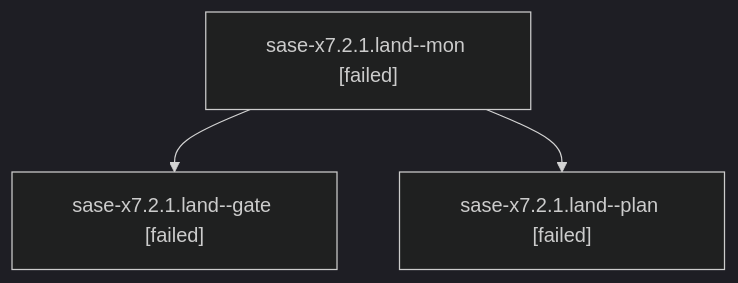
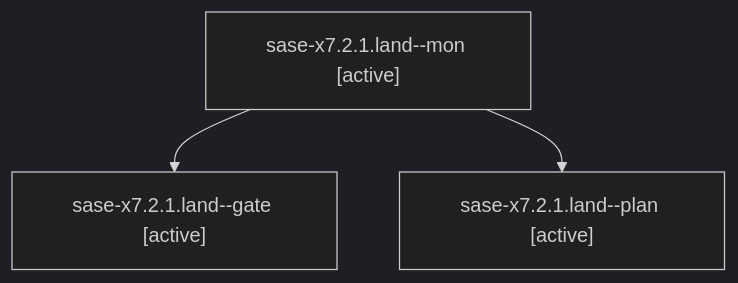
One commit to sase-org/sase--agents changed the diagram in families/bbugyi200.athena.sase-x7.2.1.land.md. Above: the diagram before and after it, drawn with Mermaid (dark theme). The commit also changed other lines of this file and 35830 other files, not shown here.

````diff
--- a/families/bbugyi200.athena.sase-x7.2.1.land.md
+++ b/families/bbugyi200.athena.sase-x7.2.1.land.md
@@ -9,8 +9,8 @@
 ```mermaid
 flowchart TD
-  n0["sase-x7.2.1.land--mon [failed]"]
-  n1["sase-x7.2.1.land--gate [failed]"]
+  n0["sase-x7.2.1.land--mon [active]"]
+  n1["sase-x7.2.1.land--gate [active]"]
   n0 --> n1
-  n2["sase-x7.2.1.land--plan [failed]"]
+  n2["sase-x7.2.1.land--plan [active]"]
   n0 --> n2
 ```
````
